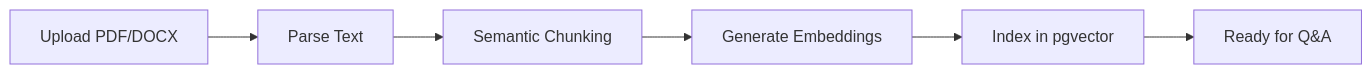
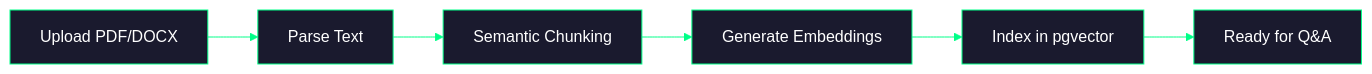
Before and after one commit to akash-s-halalli/VendorAuditAI: the eighth of 8 diagrams in README.md, drawn with Mermaid. The commit also changed other lines of this file, not shown here.

Commit message:
DOCS: Add black cyber theme to all Mermaid diagrams

````diff
--- a/README.md
+++ b/README.md
@@ -538,8 +545,9 @@
 ```mermaid
+%%{init: {'theme': 'base', 'themeVariables': { 'primaryColor': '#1a1a2e', 'primaryTextColor': '#ffffff', 'primaryBorderColor': '#00ff88', 'lineColor': '#00ff88', 'secondaryColor': '#16213e', 'tertiaryColor': '#0f3460', 'background': '#0a0a0a', 'mainBkg': '#1a1a2e', 'nodeBorder': '#00ff88', 'clusterBkg': '#16213e', 'clusterBorder': '#00ff88', 'titleColor': '#ffffff', 'edgeLabelBackground': '#1a1a2e'}}}%%
 flowchart LR
     A[Upload PDF/DOCX] --> B[Parse Text]
     B --> C[Semantic Chunking]
     C --> D[Generate Embeddings]
     D --> E[Index in pgvector]
     E --> F[Ready for Q&A]
 ```
````
